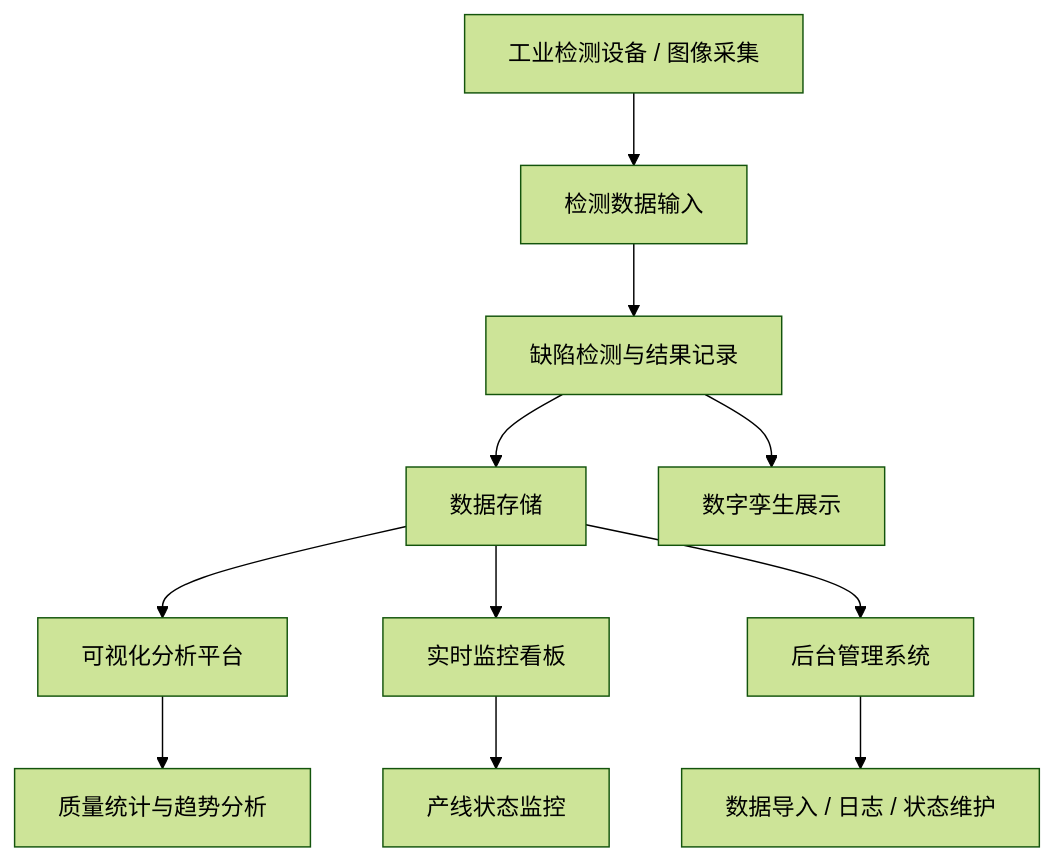
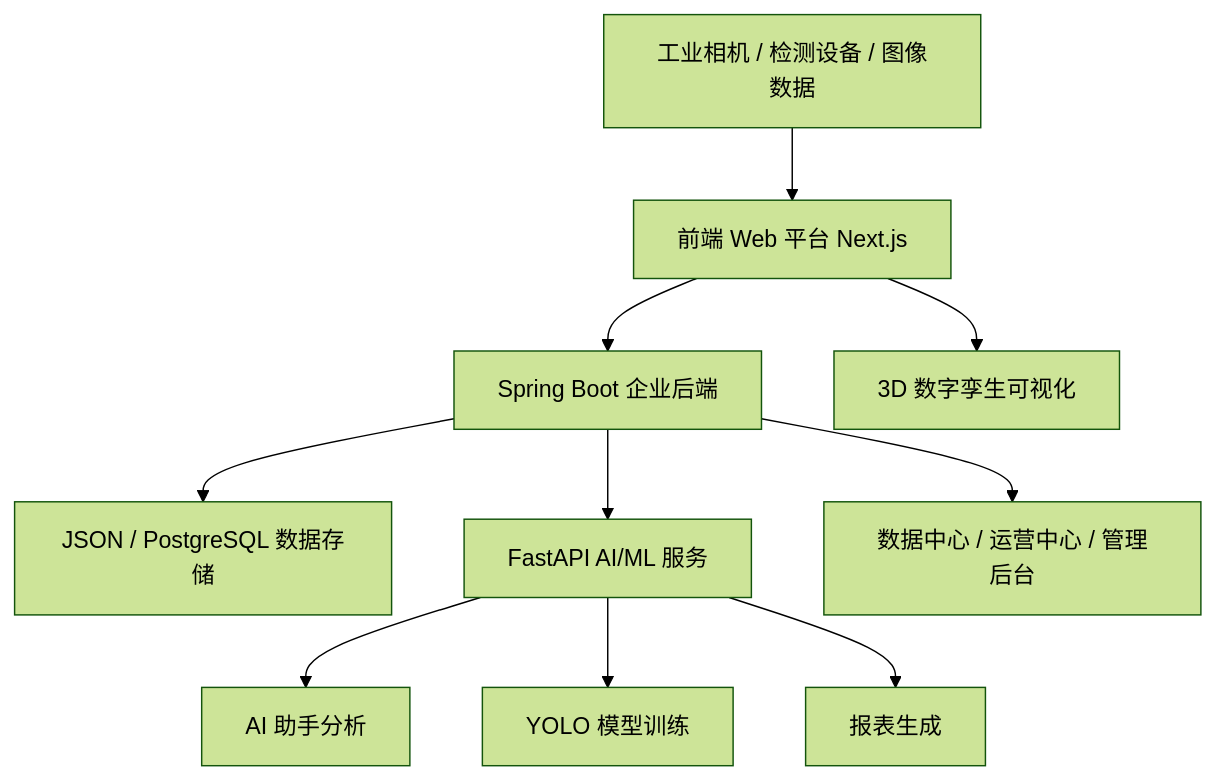
Before and after one commit to RheaYao1016/Wheel-Hub-Detection-IoT-Platform: the diagram in README.md, drawn with Mermaid (forest theme). The commit also changed other lines of this file, not shown here.

````diff
--- a/README.md
+++ b/README.md
@@ -70,13 +19,12 @@
 ```mermaid
 flowchart TD
-    A[工业检测设备 / 图像采集] --> B[检测数据输入]
-    B --> C[缺陷检测与结果记录]
-    C --> D[数据存储]
-    D --> E[可视化分析平台]
-    D --> F[实时监控看板]
-    D --> G[后台管理系统]
-    E --> H[质量统计与趋势分析]
-    F --> I[产线状态监控]
-    G --> J[数据导入 / 日志 / 状态维护]
-    C --> K[数字孪生展示]
+    A[工业相机 / 检测设备 / 图像数据] --> B[前端 Web 平台 Next.js]
+    B --> C[Spring Boot 企业后端]
+    C --> D[JSON / PostgreSQL 数据存储]
+    C --> E[FastAPI AI/ML 服务]
+    E --> F[AI 助手分析]
+    E --> G[YOLO 模型训练]
+    E --> H[报表生成]
+    C --> I[数据中心 / 运营中心 / 管理后台]
+    B --> J[3D 数字孪生可视化]
 ```
````
